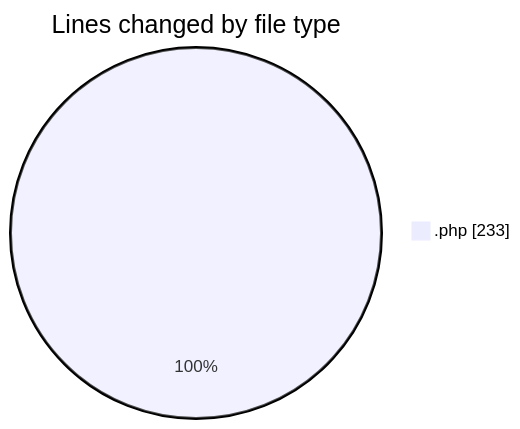
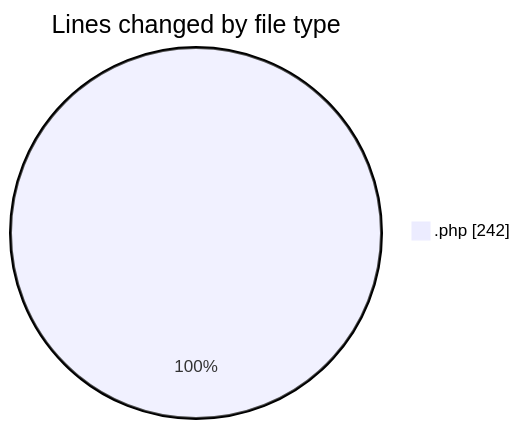
One commit to LanceThiago/code-tracking changed the first of 2 diagrams in 2026-08-31/web/README.md. Above: the diagram before and after it, drawn with Mermaid. The commit also changed other lines of this file and 1 other file, not shown here.

````diff
--- a/2026-08-31/web/README.md
+++ b/2026-08-31/web/README.md
@@ -22,5 +22,5 @@
 ```mermaid
 pie showData
 title Lines changed by file type
-".php" : 233
+".php" : 242
 ```
````
